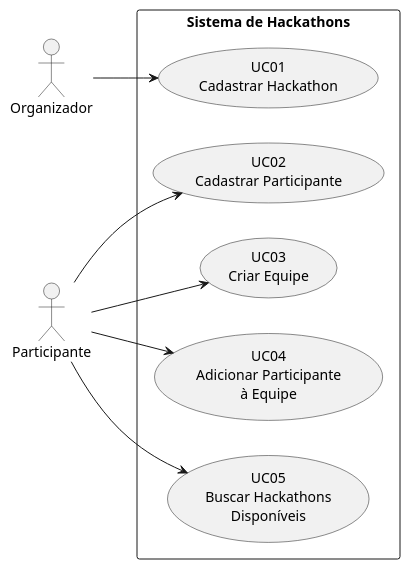
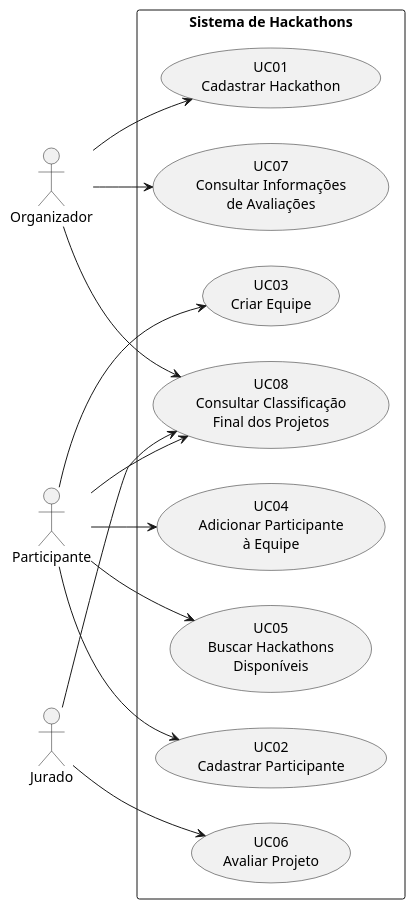
The diagram in diagramas/caso-de-uso/UC01_cadastrar-hackaton.puml (papatrock/es-hackathon), drawn with PlantUML before and after one commit. The commit also changed 4 other files, not shown here.

Commit message:
docs: atualiza diagrama de casos de uso e de classe e adiciona diagramas de sequência (US06, US07, US08)

```diff
--- a/diagramas/caso-de-uso/UC01_cadastrar-hackaton.puml
+++ b/diagramas/caso-de-uso/UC01_cadastrar-hackaton.puml
@@ -1,25 +1,35 @@
-@startuml
+@startuml Diagrama de Casos de Uso
 
 left to right direction
 
 actor Organizador
 actor Participante
 
 rectangle "Sistema de Hackathons" {
     usecase "UC01\nCadastrar Hackathon" as UC01
     usecase "UC02\nCadastrar Participante" as UC02
     usecase "UC03\nCriar Equipe" as UC03
     usecase "UC04\nAdicionar Participante\nà Equipe" as UC04
     usecase "UC05\nBuscar Hackathons\nDisponíveis" as UC05
+
+    usecase "UC06\nAvaliar Projeto" as UC06
+    usecase "UC07\nConsultar Informações\nde Avaliações" as UC07
+    usecase "UC08\nConsultar Classificação\nFinal dos Projetos" as UC08
 }
 
 
 
 Organizador --> UC01
+Organizador --> UC07
+Organizador --> UC08
 
 Participante --> UC02
 Participante --> UC03
 Participante --> UC04
+Participante --> UC05
+Participante --> UC08
 
-Participante --> UC05
+Jurado --> UC06
+Jurado --> UC08
+
 @enduml
```
